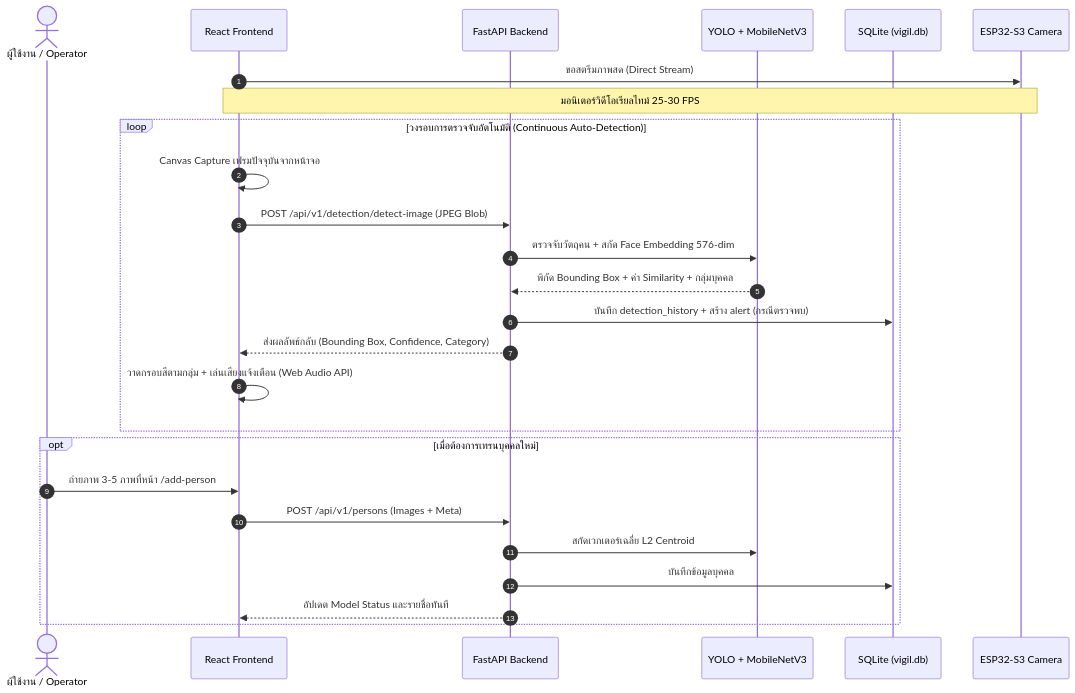
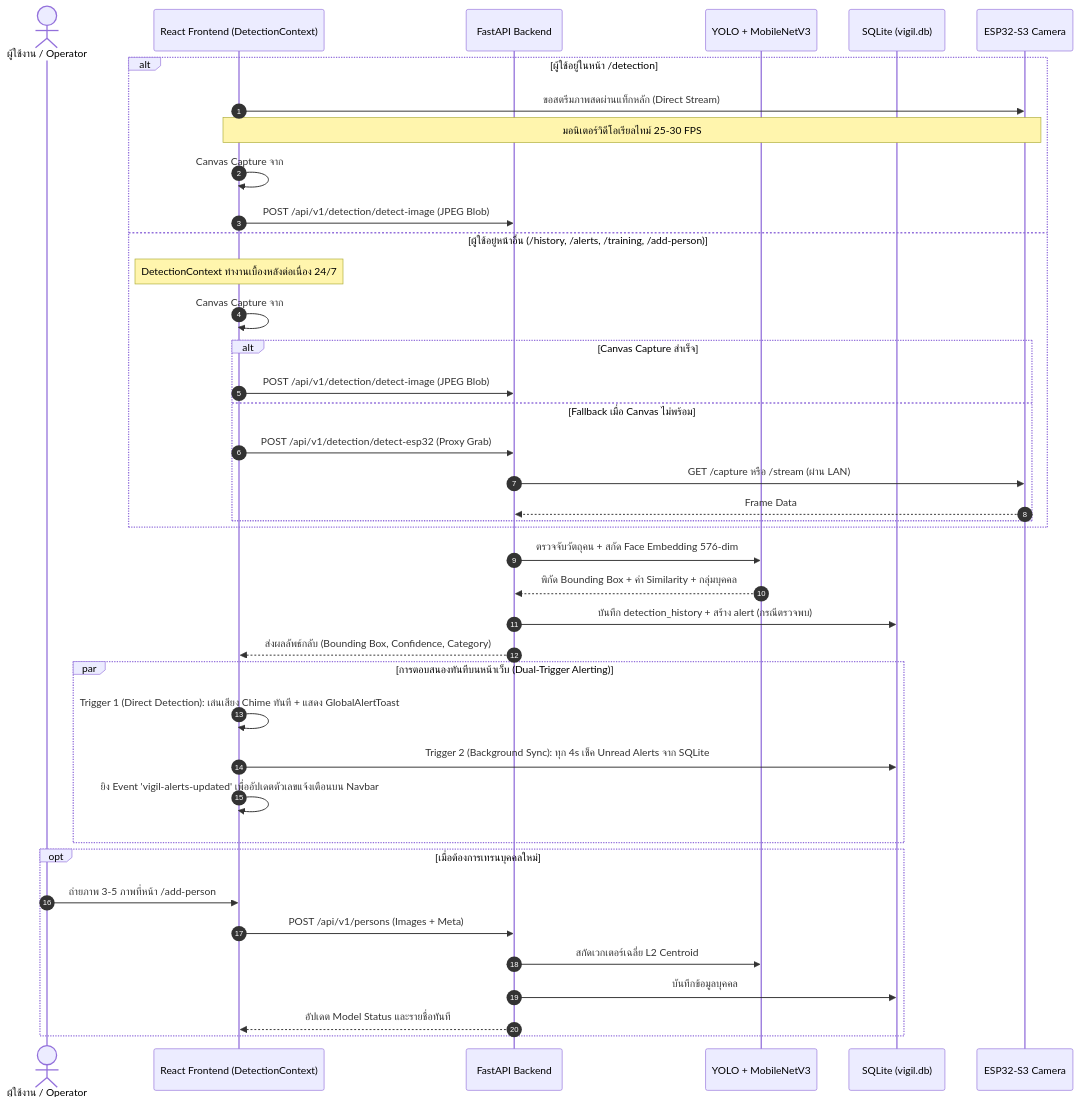
Before and after one commit to Buss2547/web-iot: the second of 2 diagrams in docs/architecture.md, drawn with Mermaid. The commit also changed 254 other files, not shown here.

````diff
--- a/docs/architecture.md
+++ b/docs/architecture.md
@@ -63,31 +63,46 @@
 ```mermaid
 sequenceDiagram
     autonumber
     actor User as ผู้ใช้งาน / Operator
-    participant FE as React Frontend
+    participant FE as React Frontend (DetectionContext)
     participant BE as FastAPI Backend
     participant AI as YOLO + MobileNetV3
     participant DB as SQLite (vigil.db)
     participant CAM as ESP32-S3 Camera
 
-    FE->>CAM: ขอสตรีมภาพสด (Direct Stream)
-    Note over FE,CAM: มอนิเตอร์วิดีโอเรียลไทม์ 25-30 FPS
+    alt ผู้ใช้อยู่ในหน้า /detection
+        FE->>CAM: ขอสตรีมภาพสดผ่านแท็กหลัก (Direct Stream)
+        Note over FE,CAM: มอนิเตอร์วิดีโอเรียลไทม์ 25-30 FPS
+        FE->>FE: Canvas Capture จาก #esp32-stream-img
+        FE->>BE: POST /api/v1/detection/detect-image (JPEG Blob)
+    else ผู้ใช้อยู่หน้าอื่น (/history, /alerts, /training, /add-person)
+        Note over FE: DetectionContext ทำงานเบื้องหลังต่อเนื่อง 24/7
+        FE->>FE: Canvas Capture จาก #vigil-persistent-stream-img (Persistent Hidden Stream)
+        alt Canvas Capture สำเร็จ
+            FE->>BE: POST /api/v1/detection/detect-image (JPEG Blob)
+        else Fallback เมื่อ Canvas ไม่พร้อม
+            FE->>BE: POST /api/v1/detection/detect-esp32 (Proxy Grab)
+            BE->>CAM: GET /capture หรือ /stream (ผ่าน LAN)
+            CAM-->>BE: Frame Data
+        end
+    end
     
-    loop วงรอบการตรวจจับอัตโนมัติ (Continuous Auto-Detection)
-        FE->>FE: Canvas Capture เฟรมปัจจุบันจากหน้าจอ
-        FE->>BE: POST /api/v1/detection/detect-image (JPEG Blob)
-        BE->>AI: ตรวจจับวัตถุคน + สกัด Face Embedding 576-dim
-        AI-->>BE: พิกัด Bounding Box + ค่า Similarity + กลุ่มบุคคล
-        BE->>DB: บันทึก detection_history + สร้าง alert (กรณีตรวจพบ)
-        BE-->>FE: ส่งผลลัพธ์กลับ (Bounding Box, Confidence, Category)
-        FE->>FE: วาดกรอบสีตามกลุ่ม + เล่นเสียงแจ้งเตือน (Web Audio API)
+    BE->>AI: ตรวจจับวัตถุคน + สกัด Face Embedding 576-dim
+    AI-->>BE: พิกัด Bounding Box + ค่า Similarity + กลุ่มบุคคล
+    BE->>DB: บันทึก detection_history + สร้าง alert (กรณีตรวจพบ)
+    BE-->>FE: ส่งผลลัพธ์กลับ (Bounding Box, Confidence, Category)
+    
+    par การตอบสนองทันทีบนหน้าเว็บ (Dual-Trigger Alerting)
+        FE->>FE: Trigger 1 (Direct Detection): เล่นเสียง Chime ทันที + แสดง GlobalAlertToast
+        FE->>DB: Trigger 2 (Background Sync): ทุก 4s เช็ค Unread Alerts จาก SQLite
+        FE->>FE: ยิง Event 'vigil-alerts-updated' เพื่ออัปเดตตัวเลขแจ้งเตือนบน Navbar
     end
 
     opt เมื่อต้องการเทรนบุคคลใหม่
         User->>FE: ถ่ายภาพ 3-5 ภาพที่หน้า /add-person
         FE->>BE: POST /api/v1/persons (Images + Meta)
         BE->>AI: สกัดเวกเตอร์เฉลี่ย L2 Centroid
         BE->>DB: บันทึกข้อมูลบุคคล
         BE-->>FE: อัปเดต Model Status และรายชื่อทันที
     end
 ```
````
